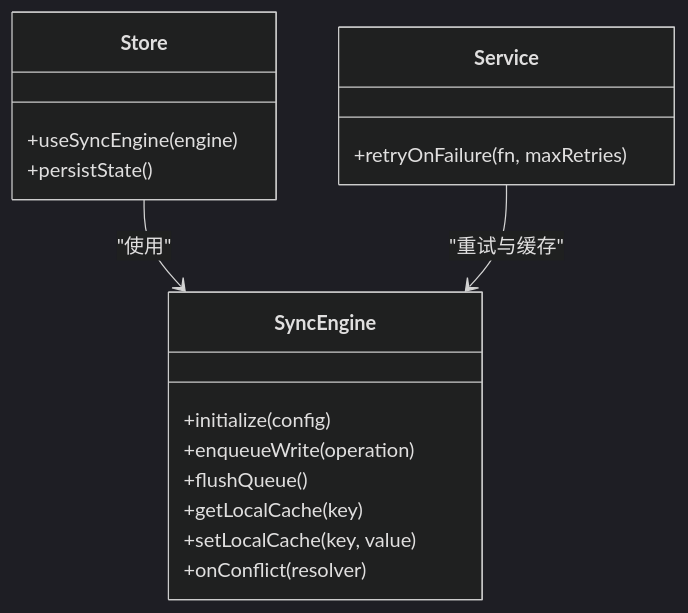
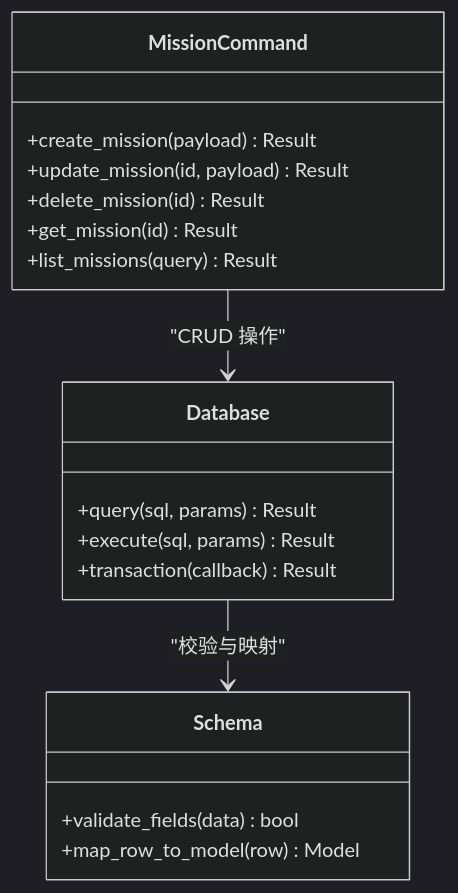
One commit to gzdxhujiale/FishWorker changed the sixth of 7 diagrams in .qoder/repowiki/zh/content/API 参考文档/API 参考文档.md. Above: the diagram before and after it, drawn with Mermaid (dark theme). The commit also changed other lines of this file and 238 other files, not shown here.

````diff
--- a/.qoder/repowiki/zh/content/API 参考文档/API 参考文档.md
+++ b/.qoder/repowiki/zh/content/API 参考文档/API 参考文档.md
@@ -323,20 +516,21 @@
 ```mermaid
 classDiagram
-class SyncEngine {
-+initialize(config)
-+enqueueWrite(operation)
-+flushQueue()
-+getLocalCache(key)
-+setLocalCache(key, value)
-+onConflict(resolver)
+class MissionCommand {
++create_mission(payload) Result
++update_mission(id, payload) Result
++delete_mission(id) Result
++get_mission(id) Result
++list_missions(query) Result
 }
-class Store {
-+useSyncEngine(engine)
-+persistState()
+class Database {
++query(sql, params) Result
++execute(sql, params) Result
++transaction(callback) Result
 }
-class Service {
-+retryOnFailure(fn, maxRetries)
+class Schema {
++validate_fields(data) bool
++map_row_to_model(row) Model
 }
-Store --> SyncEngine : "使用"
-Service --> SyncEngine : "重试与缓存"
+MissionCommand --> Database : "CRUD 操作"
+Database --> Schema : "校验与映射"
 ```
````
